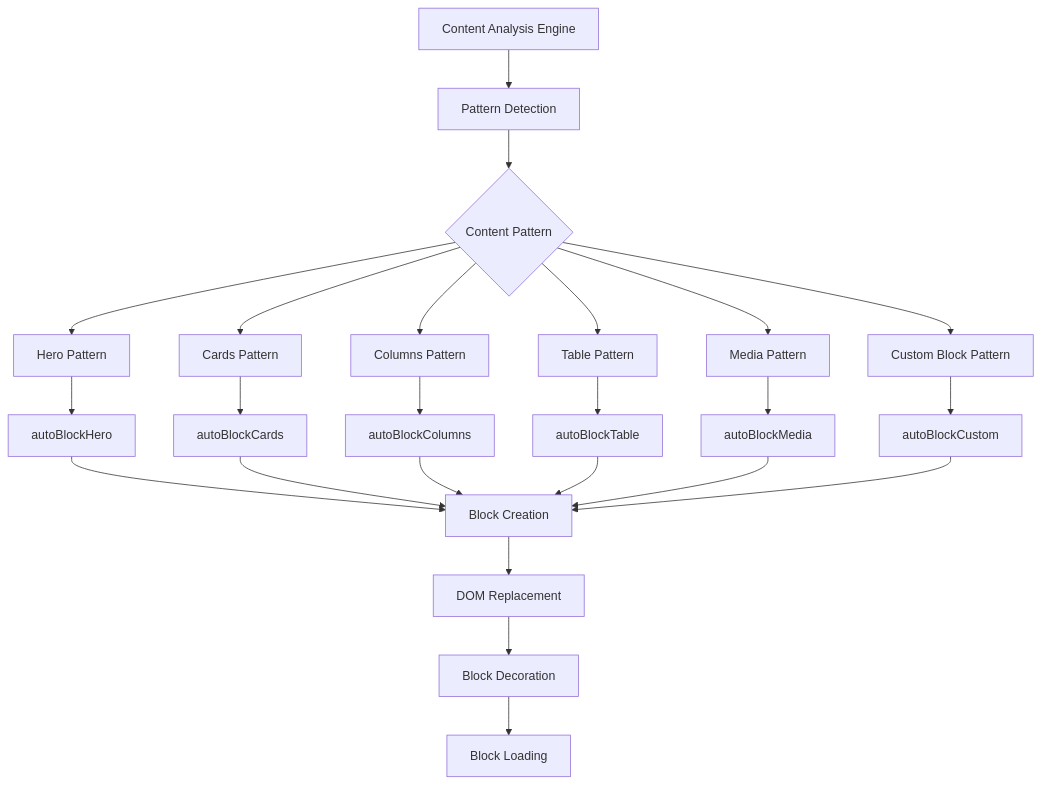
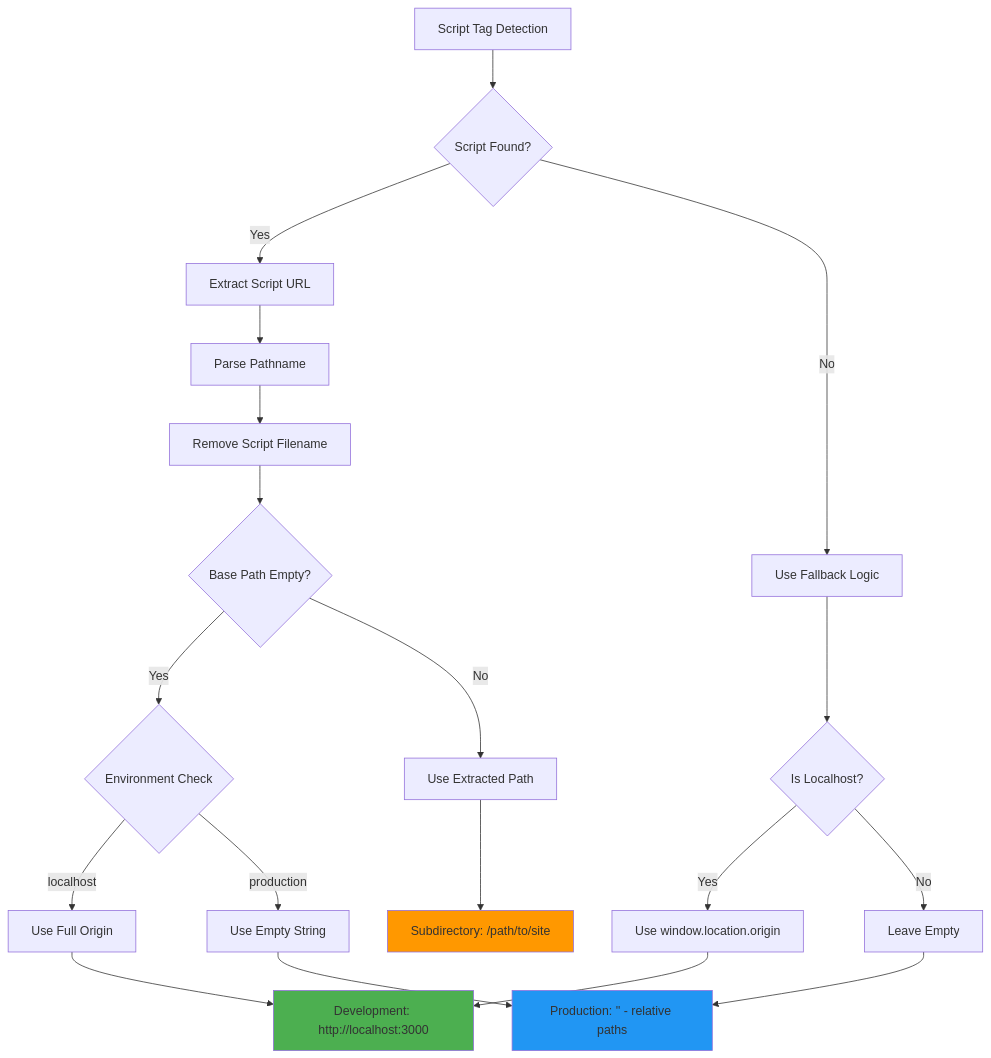
The second of 3 diagrams in docs/projectx-architecture.md (ddttom/projectX), drawn with Mermaid before and after one commit. The commit also changed other lines of this file and 3 other files, not shown here.

````diff
--- a/docs/projectx-architecture.md
+++ b/docs/projectx-architecture.md
@@ -78,30 +113,30 @@
 ```mermaid
-graph TD
-    A[Content Analysis Engine] --> B[Pattern Detection]
-    B --> C{Content Pattern}
+flowchart TD
+    A[Script Tag Detection] --> B{Script Found?}
+    B -->|Yes| C[Extract Script URL]
+    B -->|No| D[Use Fallback Logic]
     
-    C --> D[Hero Pattern]
-    C --> E[Cards Pattern] 
-    C --> F[Columns Pattern]
-    C --> G[Table Pattern]
-    C --> H[Media Pattern]
-    C --> I[Custom Block Pattern]
+    C --> E[Parse Pathname]
+    E --> F[Remove Script Filename]
+    F --> G{Base Path Empty?}
     
-    D --> D1[autoBlockHero]
-    E --> E1[autoBlockCards]
-    F --> F1[autoBlockColumns]
-    G --> G1[autoBlockTable]
-    H --> H1[autoBlockMedia]
-    I --> I1[autoBlockCustom]
+    G -->|Yes| H{Environment Check}
+    G -->|No| I[Use Extracted Path]
     
-    D1 --> J[Block Creation]
-    E1 --> J
-    F1 --> J
-    G1 --> J
-    H1 --> J
-    I1 --> J
+    H -->|localhost| J[Use Full Origin]
+    H -->|production| K[Use Empty String]
     
-    J --> K[DOM Replacement]
-    K --> L[Block Decoration]
-    L --> M[Block Loading]
+    D --> L{Is Localhost?}
+    L -->|Yes| M[Use window.location.origin]
+    L -->|No| N[Leave Empty]
+    
+    J --> O[Development: http://localhost:3000]
+    K --> P[Production: '' - relative paths]
+    I --> Q[Subdirectory: /path/to/site]
+    M --> O
+    N --> P
+    
+    style O fill:#4caf50
+    style P fill:#2196f3
+    style Q fill:#ff9800
 ```
````
